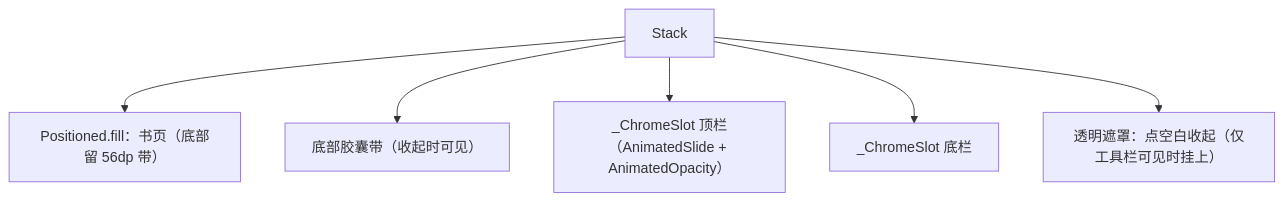
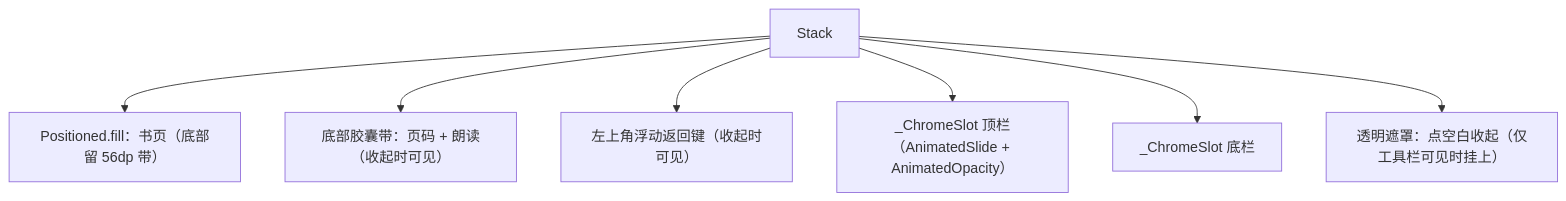
One commit to kindywu/contexta changed the fourth of 6 diagrams in impl/app/flutter/docs/reading-spread.md. Above: the diagram before and after it, drawn with Mermaid. The commit also changed other lines of this file and 16 other files, not shown here.

````diff
--- a/impl/app/flutter/docs/reading-spread.md
+++ b/impl/app/flutter/docs/reading-spread.md
@@ -248,8 +254,9 @@
 ```mermaid
 flowchart TB
     A["Stack"] --> B["Positioned.fill：书页（底部留 56dp 带）"]
-    A --> C["底部胶囊带（收起时可见）"]
+    A --> C["底部胶囊带：页码 + 朗读（收起时可见）"]
+    A --> G["左上角浮动返回键（收起时可见）"]
     A --> D["_ChromeSlot 顶栏（AnimatedSlide + AnimatedOpacity）"]
     A --> E["_ChromeSlot 底栏"]
     A --> F["透明遮罩：点空白收起（仅工具栏可见时挂上）"]
 ```
````
